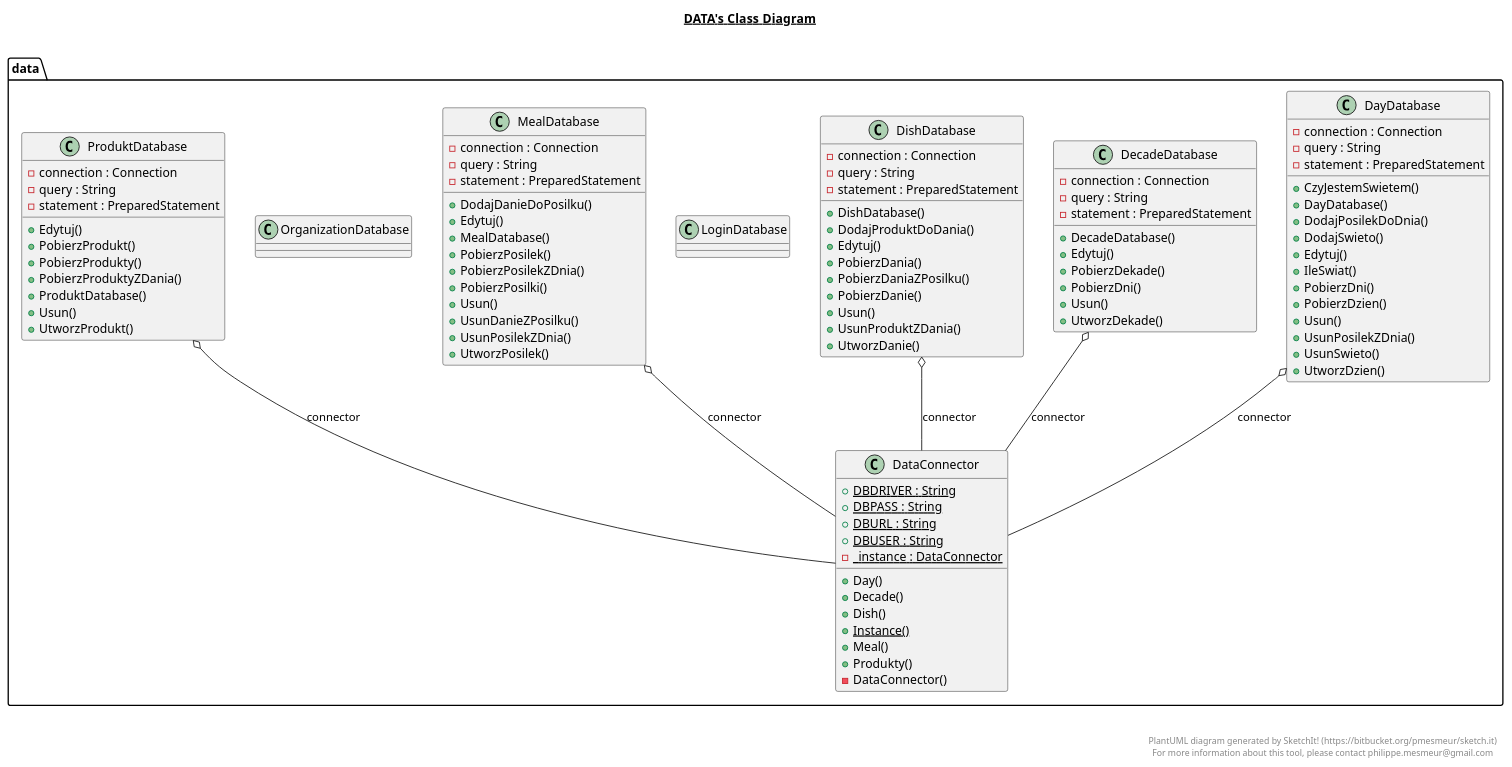
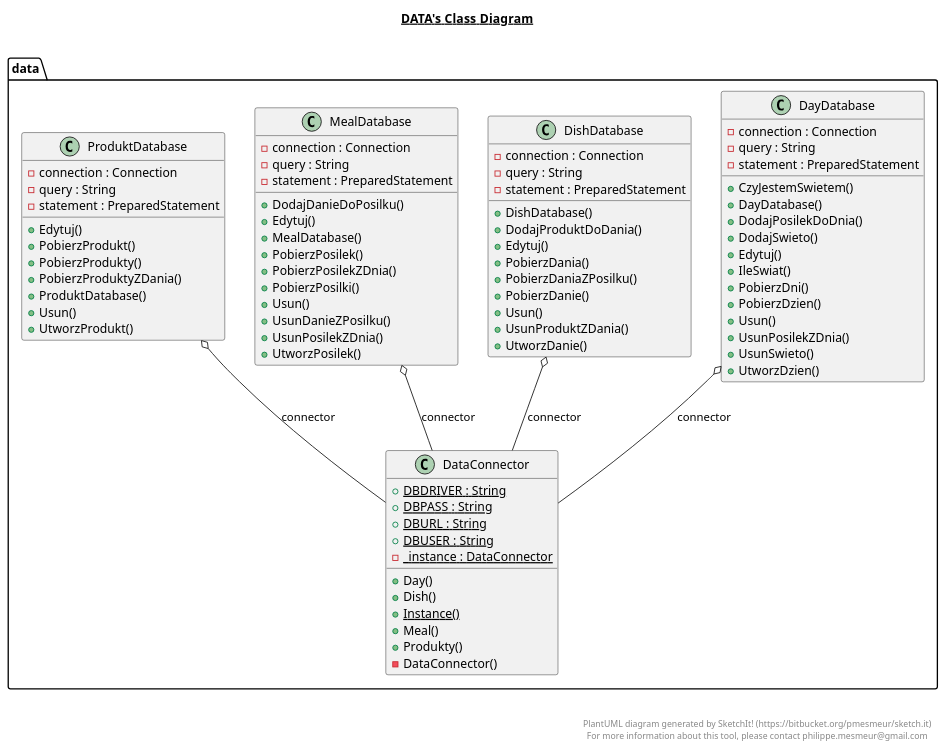
One commit to latac/diploma-code changed the diagram in src/data/data.plantuml. Above: the diagram before and after it, drawn with PlantUML. The commit also changed 27 other files, not shown here.

```diff
--- a/src/data/data.plantuml
+++ b/src/data/data.plantuml
@@ -1,138 +1,109 @@
 @startuml
 
 title __DATA's Class Diagram__\n
 
   namespace data {
     class data.DataConnector {
         {static} + DBDRIVER : String
         {static} + DBPASS : String
         {static} + DBURL : String
         {static} + DBUSER : String
         {static} - _instance : DataConnector
         + Day()
-        + Decade()
         + Dish()
         {static} + Instance()
         + Meal()
         + Produkty()
         - DataConnector()
     }
   }
   
 
   namespace data {
     class data.DayDatabase {
         - connection : Connection
         - query : String
         - statement : PreparedStatement
         + CzyJestemSwietem()
         + DayDatabase()
         + DodajPosilekDoDnia()
         + DodajSwieto()
         + Edytuj()
         + IleSwiat()
         + PobierzDni()
         + PobierzDzien()
         + Usun()
         + UsunPosilekZDnia()
         + UsunSwieto()
         + UtworzDzien()
     }
   }
   
 
   namespace data {
-    class data.DecadeDatabase {
-        - connection : Connection
-        - query : String
-        - statement : PreparedStatement
-        + DecadeDatabase()
-        + Edytuj()
-        + PobierzDekade()
-        + PobierzDni()
-        + Usun()
-        + UtworzDekade()
-    }
-  }
-  
-
-  namespace data {
     class data.DishDatabase {
         - connection : Connection
         - query : String
         - statement : PreparedStatement
         + DishDatabase()
         + DodajProduktDoDania()
         + Edytuj()
         + PobierzDania()
         + PobierzDaniaZPosilku()
         + PobierzDanie()
         + Usun()
         + UsunProduktZDania()
         + UtworzDanie()
-    }
-  }
-  
-
-  namespace data {
-    class data.LoginDatabase {
     }
   }
   
 
   namespace data {
     class data.MealDatabase {
         - connection : Connection
         - query : String
         - statement : PreparedStatement
         + DodajDanieDoPosilku()
         + Edytuj()
         + MealDatabase()
         + PobierzPosilek()
         + PobierzPosilekZDnia()
         + PobierzPosilki()
         + Usun()
         + UsunDanieZPosilku()
         + UsunPosilekZDnia()
         + UtworzPosilek()
     }
   }
   
 
   namespace data {
-    class data.OrganizationDatabase {
-    }
-  }
-  
-
-  namespace data {
     class data.ProduktDatabase {
         - connection : Connection
         - query : String
         - statement : PreparedStatement
         + Edytuj()
         + PobierzProdukt()
         + PobierzProdukty()
         + PobierzProduktyZDania()
         + ProduktDatabase()
         + Usun()
         + UtworzProdukt()
     }
   }
   
 
   data.DayDatabase o-- data.DataConnector : connector
-  data.DecadeDatabase o-- data.DataConnector : connector
   data.DishDatabase o-- data.DataConnector : connector
   data.MealDatabase o-- data.DataConnector : connector
   data.ProduktDatabase o-- data.DataConnector : connector
 
 
 right footer
 
 
 PlantUML diagram generated by SketchIt! (https://bitbucket.org/pmesmeur/sketch.it)
 For more information about this tool, please contact philippe.mesmeur@gmail.com
 endfooter
 
 @enduml
```
